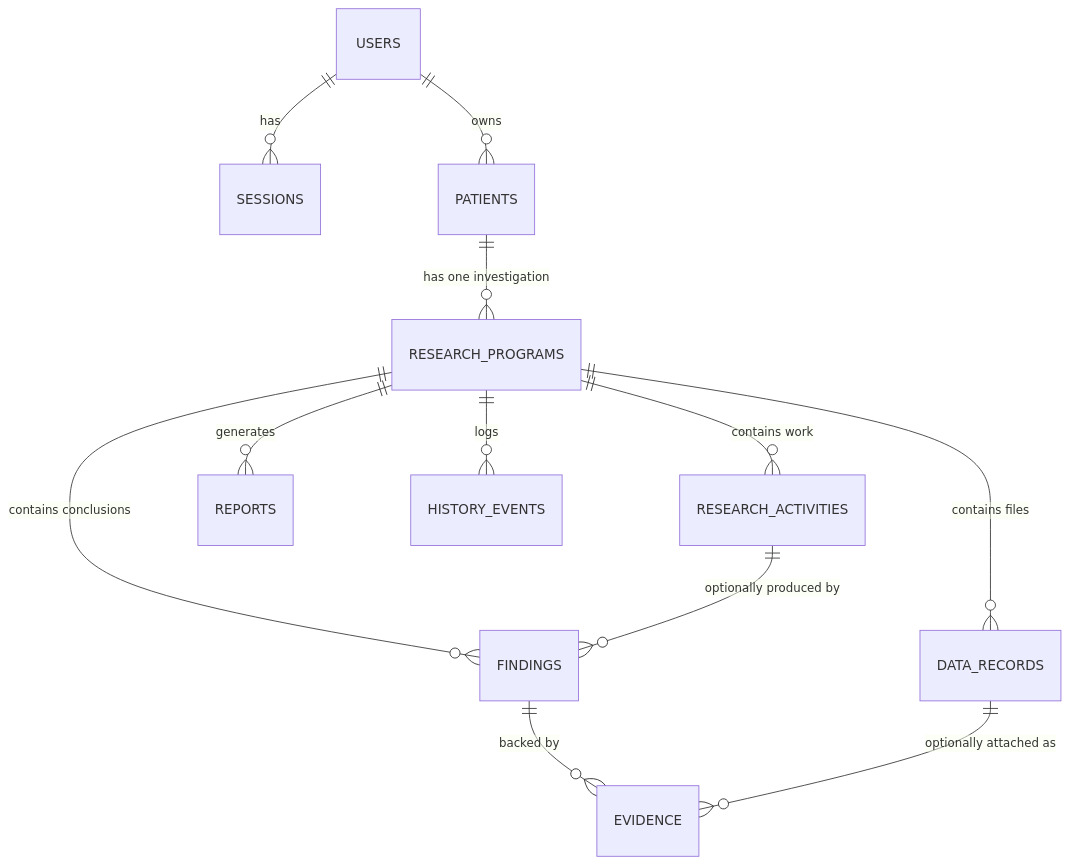
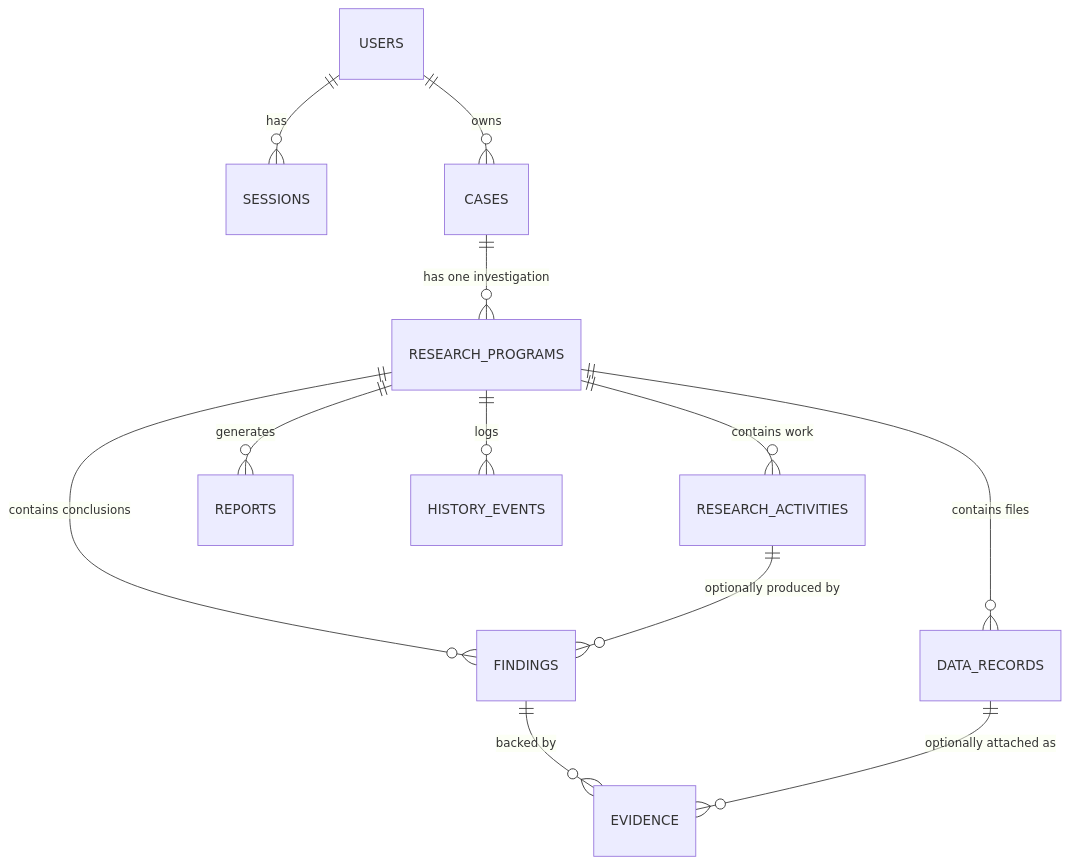
Before and after one commit to atmollohan/casebook: the first of 2 diagrams in docs/ARCHITECTURE.md, drawn with Mermaid. The commit also changed other lines of this file and 8 other files, not shown here.

````diff
--- a/docs/ARCHITECTURE.md
+++ b/docs/ARCHITECTURE.md
@@ -116,14 +116,14 @@
 ```mermaid
 erDiagram
     USERS ||--o{ SESSIONS : "has"
-    USERS ||--o{ PATIENTS : "owns"
-    PATIENTS ||--o{ RESEARCH_PROGRAMS : "has one investigation"
+    USERS ||--o{ CASES : "owns"
+    CASES ||--o{ RESEARCH_PROGRAMS : "has one investigation"
     RESEARCH_PROGRAMS ||--o{ DATA_RECORDS : "contains files"
     RESEARCH_PROGRAMS ||--o{ RESEARCH_ACTIVITIES : "contains work"
     RESEARCH_PROGRAMS ||--o{ FINDINGS : "contains conclusions"
     RESEARCH_PROGRAMS ||--o{ REPORTS : "generates"
     RESEARCH_PROGRAMS ||--o{ HISTORY_EVENTS : "logs"
     RESEARCH_ACTIVITIES ||--o{ FINDINGS : "optionally produced by"
     FINDINGS ||--o{ EVIDENCE : "backed by"
     DATA_RECORDS ||--o{ EVIDENCE : "optionally attached as"
 ```
````
